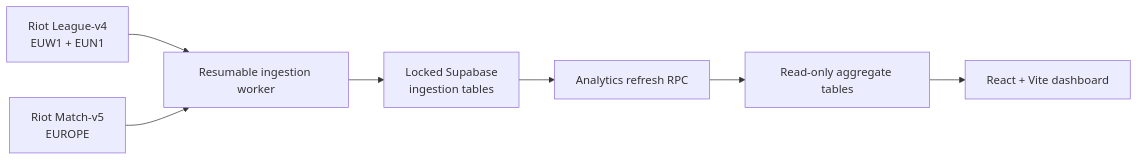
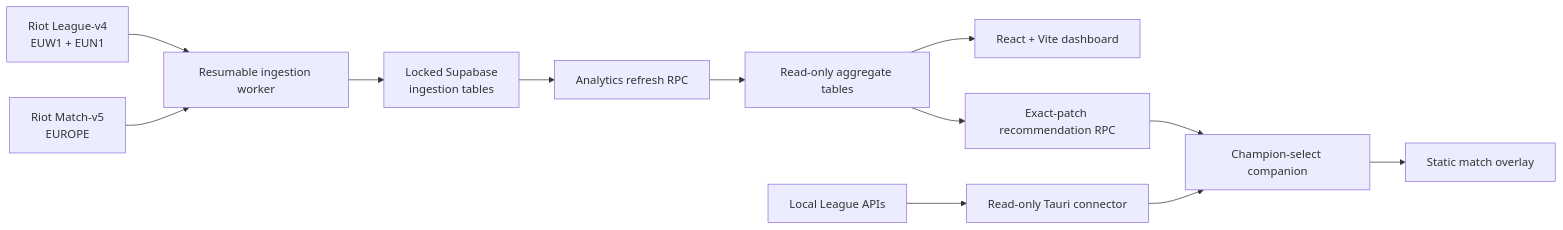
The diagram in README.md (BoyanChakarov/challenger-lens), drawn with Mermaid before and after one commit. The commit also changed other lines of this file and 3 other files, not shown here.

Commit message:
docs: document companion architecture and Riot compliance

````diff
--- a/README.md
+++ b/README.md
@@ -26,9 +39,14 @@
 ```mermaid
 flowchart LR
   A["Riot League-v4<br/>EUW1 + EUN1"] --> C["Resumable ingestion worker"]
   B["Riot Match-v5<br/>EUROPE"] --> C
   C --> D["Locked Supabase<br/>ingestion tables"]
   D --> E["Analytics refresh RPC"]
   E --> F["Read-only aggregate tables"]
   F --> G["React + Vite dashboard"]
+  F --> H["Exact-patch recommendation RPC"]
+  I["Local League APIs"] --> J["Read-only Tauri connector"]
+  H --> K["Champion-select companion"]
+  J --> K
+  K --> L["Static match overlay"]
 ```
````
